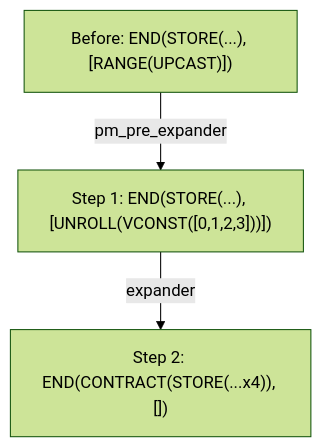
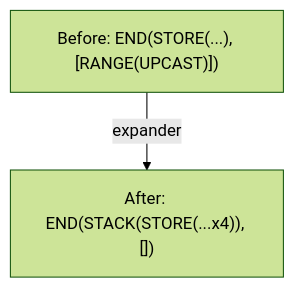
One commit to mexus/morok changed the third of 4 diagrams in website/docs/architecture/codegen/expander.md. Above: the diagram before and after it, drawn with Mermaid (forest theme). The commit also changed other lines of this file and 22 other files, not shown here.

Commit message:
[*] docs: describe graph-native compiler and AMD queues

````diff
--- a/website/docs/architecture/codegen/expander.md
+++ b/website/docs/architecture/codegen/expander.md
@@ -104,6 +90,5 @@
 ```mermaid
 flowchart TD
   A["Before: END(STORE(...), [RANGE(UPCAST)])"]
-  A -->|"pm_pre_expander"| B["Step 1: END(STORE(...), [UNROLL(VCONST([0,1,2,3]))])"]
-  B -->|"expander"| C["Step 2: END(CONTRACT(STORE(...x4)), [])"]
+  A -->|"expander"| B["After: END(STACK(STORE(...x4)), [])"]
 ```
````
